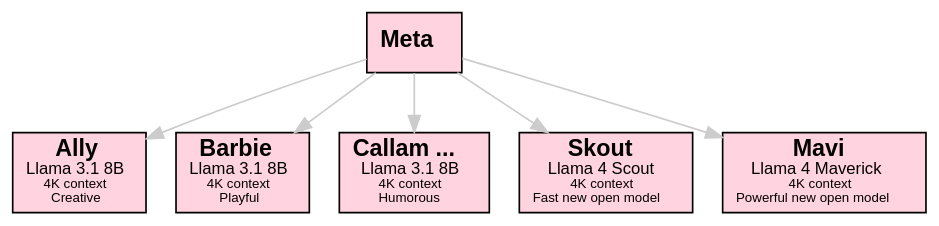
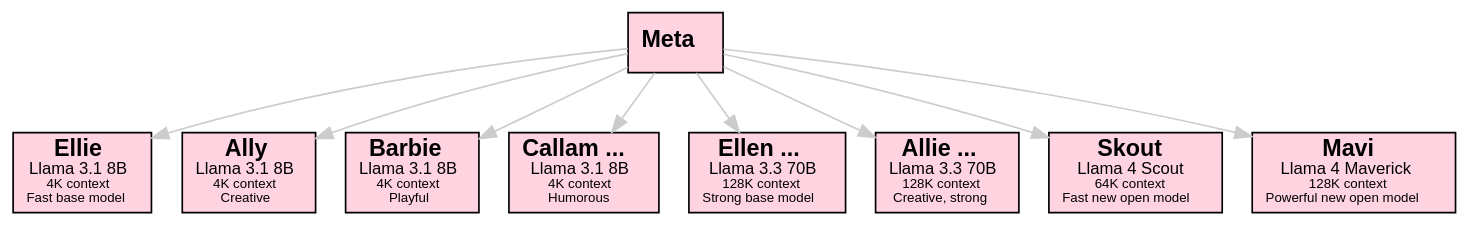
The fourth of 13 diagrams in doc/guide.md (sswam/allemande), drawn with Graphviz before and after one commit. The commit also changed other lines of this file and 31 other files, not shown here.

````diff
--- a/doc/guide.md
+++ b/doc/guide.md
@@ -406,20 +406,26 @@
 ```dot
     digraph Meta {
     graph [bgcolor=transparent]
     edge [color="#CCCCCC"]
     node [shape=box, style=filled, fillcolor="#FFD3DF", fontname="Helvetica"]
 
     "Meta" [label=<<b>Meta</b>>]
+    "Ellie" [label=<<b>Ellie</b><br/><font point-size="10">Llama 3.1 8B</font><br/><font point-size="8">4K context</font><br/><font point-size="8">Fast base model</font>>]
     "Ally" [label=<<b>Ally</b><br/><font point-size="10">Llama 3.1 8B</font><br/><font point-size="8">4K context</font><br/><font point-size="8">Creative</font>>]
     "Barbie" [label=<<b>Barbie</b><br/><font point-size="10">Llama 3.1 8B</font><br/><font point-size="8">4K context</font><br/><font point-size="8">Playful</font>>]
     "Callam" [label=<<b>Callam ...</b><br/><font point-size="10">Llama 3.1 8B</font><br/><font point-size="8">4K context</font><br/><font point-size="8">Humorous</font>>]
-    "Skout" [label=<<b>Skout</b><br/><font point-size="10">Llama 4 Scout</font><br/><font point-size="8">4K context</font><br/><font point-size="8">Fast new open model</font>>]
-    "Mavi" [label=<<b>Mavi</b><br/><font point-size="10">Llama 4 Maverick</font><br/><font point-size="8">4K context</font><br/><font point-size="8">Powerful new open model</font>>]
+    "Ellen" [label=<<b>Ellen ...</b><br/><font point-size="10">Llama 3.3 70B</font><br/><font point-size="8">128K context</font><br/><font point-size="8">Strong base model</font>>]
+    "Allie" [label=<<b>Allie ...</b><br/><font point-size="10">Llama 3.3 70B</font><br/><font point-size="8">128K context</font><br/><font point-size="8">Creative, strong</font>>]
+    "Skout" [label=<<b>Skout</b><br/><font point-size="10">Llama 4 Scout</font><br/><font point-size="8">64K context</font><br/><font point-size="8">Fast new open model</font>>]
+    "Mavi" [label=<<b>Mavi</b><br/><font point-size="10">Llama 4 Maverick</font><br/><font point-size="8">128K context</font><br/><font point-size="8">Powerful new open model</font>>]
 
+    "Meta" -> "Ellie"
     "Meta" -> "Ally"
     "Meta" -> "Barbie"
     "Meta" -> "Callam"
+    "Meta" -> "Ellen"
+    "Meta" -> "Allie"
     "Meta" -> "Skout"
     "Meta" -> "Mavi"
 }
 ```
````
